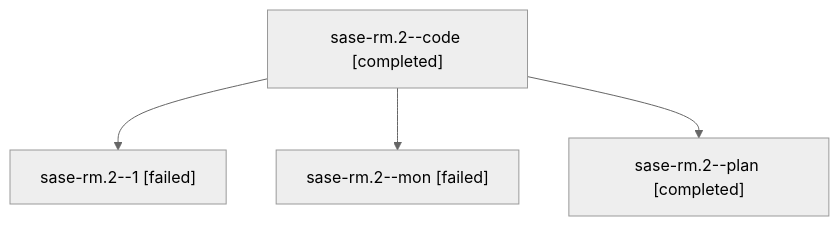
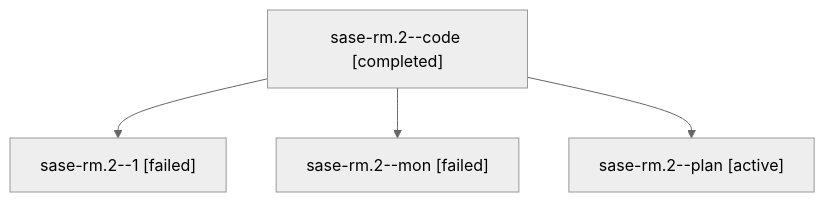
One commit to sase-org/sase--agents changed the diagram in families/bbugyi200.athena.sase-rm.2.md. Above: the diagram before and after it, drawn with Mermaid (neutral theme). The commit also changed other lines of this file and 35830 other files, not shown here.

````diff
--- a/families/bbugyi200.athena.sase-rm.2.md
+++ b/families/bbugyi200.athena.sase-rm.2.md
@@ -9,10 +9,10 @@
 ```mermaid
 flowchart TD
   n0["sase-rm.2--code [completed]"]
   n1["sase-rm.2--1 [failed]"]
   n0 --> n1
   n2["sase-rm.2--mon [failed]"]
   n0 --> n2
-  n3["sase-rm.2--plan [completed]"]
+  n3["sase-rm.2--plan [active]"]
   n0 --> n3
 ```
````
